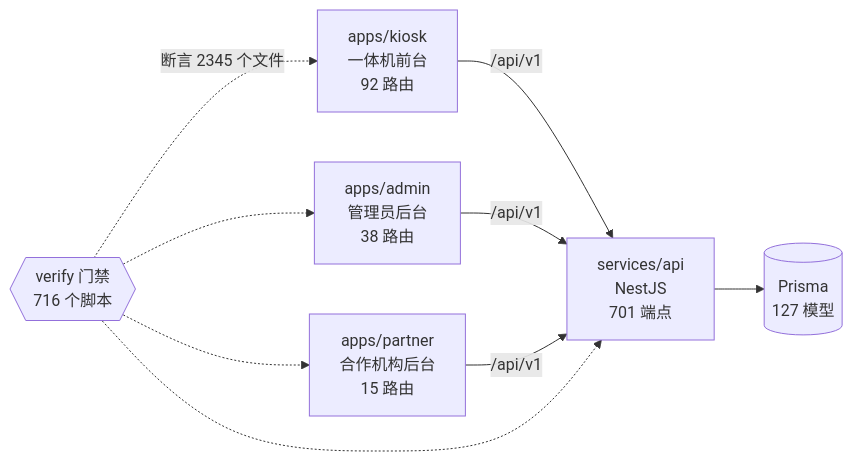
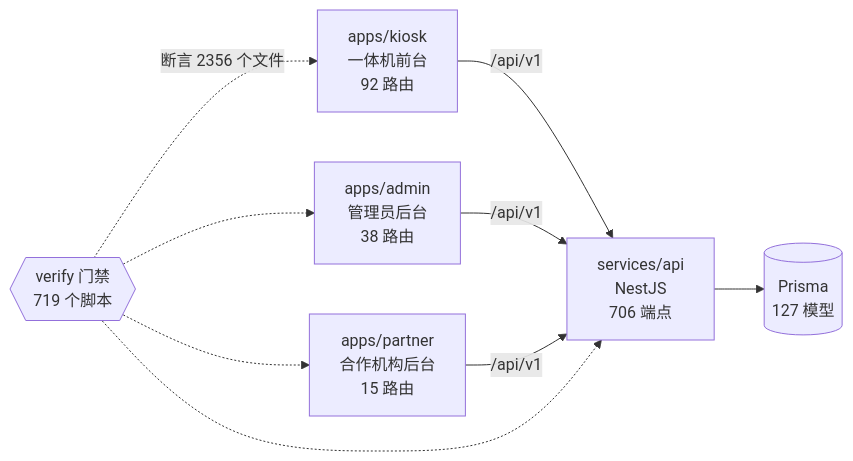
One commit to wanglei581/YITIJI changed the diagram in docs/graph/README.md. Above: the diagram before and after it, drawn with Mermaid. The commit also changed other lines of this file and 5 other files, not shown here.

Commit message:
chore(train-1121h): 车尾图谱一次性重生（5 位乘客合入后，--check 通过）

````diff
--- a/docs/graph/README.md
+++ b/docs/graph/README.md
@@ -68,18 +68,18 @@
 ```mermaid
 flowchart LR
   kiosk["apps/kiosk<br/>一体机前台<br/>92 路由"]
   admin["apps/admin<br/>管理员后台<br/>38 路由"]
   partner["apps/partner<br/>合作机构后台<br/>15 路由"]
-  api["services/api<br/>NestJS<br/>701 端点"]
+  api["services/api<br/>NestJS<br/>706 端点"]
   db[("Prisma<br/>127 模型")]
-  gates{{"verify 门禁<br/>716 个脚本"}}
+  gates{{"verify 门禁<br/>719 个脚本"}}
 
   kiosk -->|"/api/v1"| api
   admin -->|"/api/v1"| api
   partner -->|"/api/v1"| api
   api --> db
-  gates -.->|"断言 2345 个文件"| kiosk
+  gates -.->|"断言 2356 个文件"| kiosk
   gates -.-> admin
   gates -.-> partner
   gates -.-> api
 ```
````
